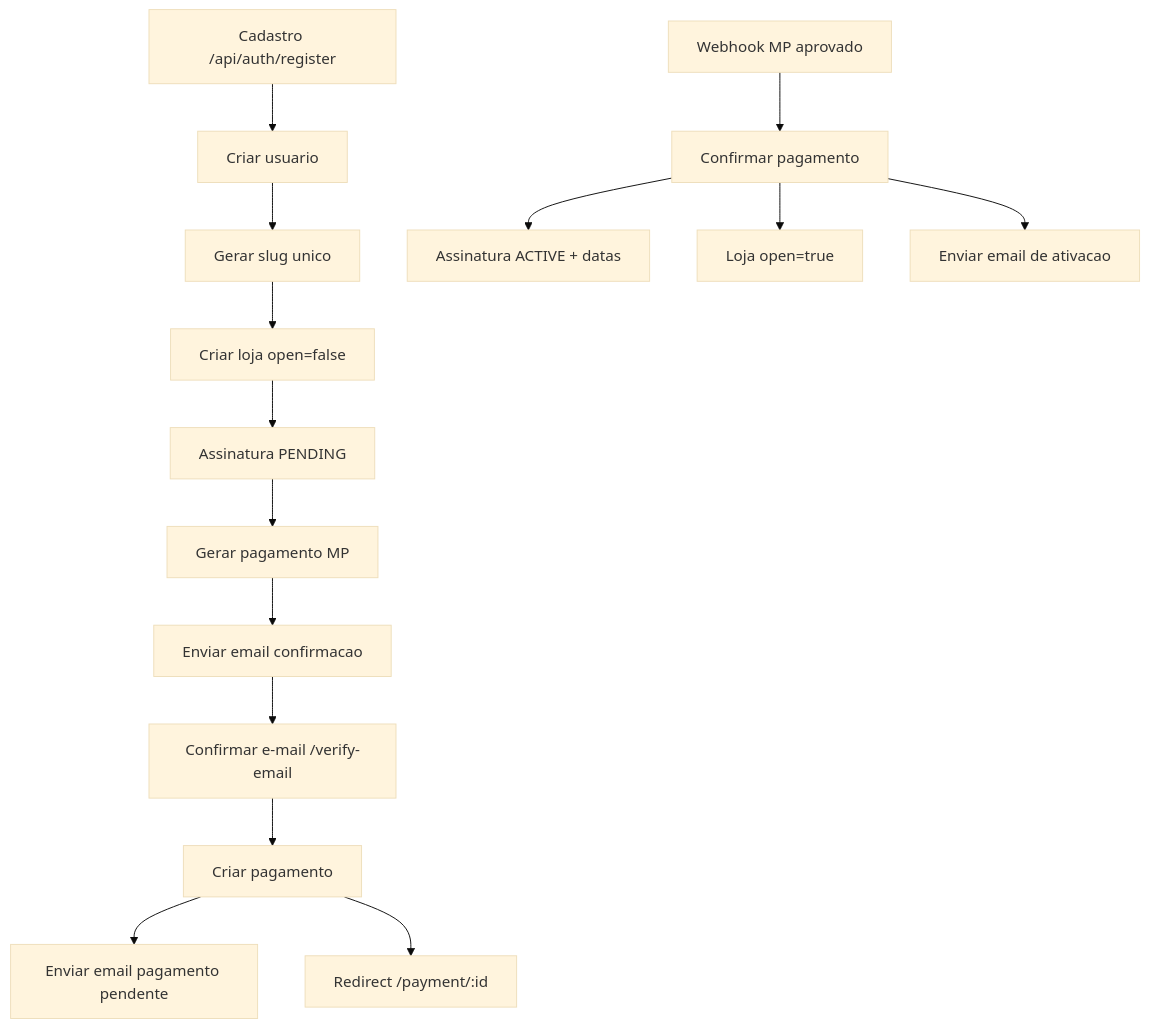
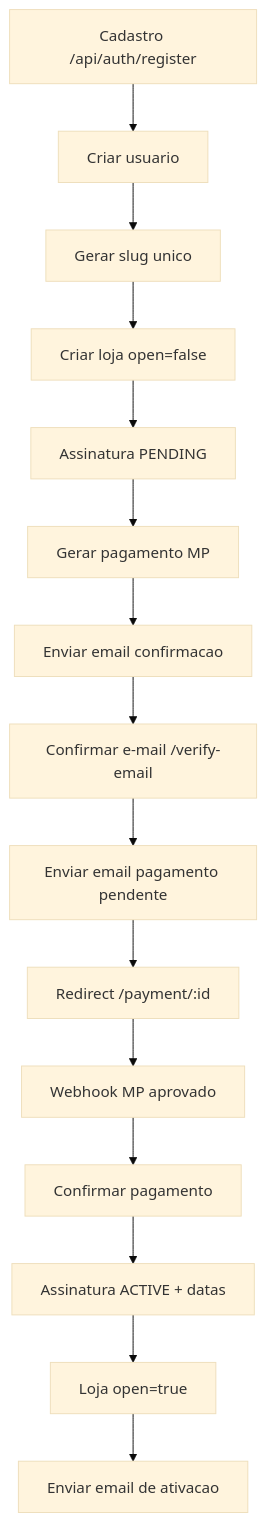
Before and after one commit to EdmilsonFernandes/EdEspetoHub: the diagram in README.md, drawn with Mermaid (base theme). The commit also changed 1 other file, not shown here.

Commit message:
refresh signup/payment flow docs and BPMN layout

````diff
--- a/README.md
+++ b/README.md
@@ -174,17 +174,17 @@
 ```mermaid
 flowchart TD
   A[Cadastro /api/auth/register] --> B[Criar usuario]
   B --> C[Gerar slug unico]
   C --> D[Criar loja open=false]
   D --> E[Assinatura PENDING]
   E --> F[Gerar pagamento MP]
   F --> G[Enviar email confirmacao]
   G --> H[Confirmar e-mail /verify-email]
-  H --> I[Criar pagamento]
-  I --> J[Enviar email pagamento pendente]
-  I --> K[Redirect /payment/:id]
-  L[Webhook MP aprovado] --> M[Confirmar pagamento]
-  M --> N[Assinatura ACTIVE + datas]
-  M --> O[Loja open=true]
-  M --> P[Enviar email de ativacao]
+  H --> I[Enviar email pagamento pendente]
+  I --> J[Redirect /payment/:id]
+  J --> K[Webhook MP aprovado]
+  K --> L[Confirmar pagamento]
+  L --> M[Assinatura ACTIVE + datas]
+  M --> N[Loja open=true]
+  N --> O[Enviar email de ativacao]
 ```
````
